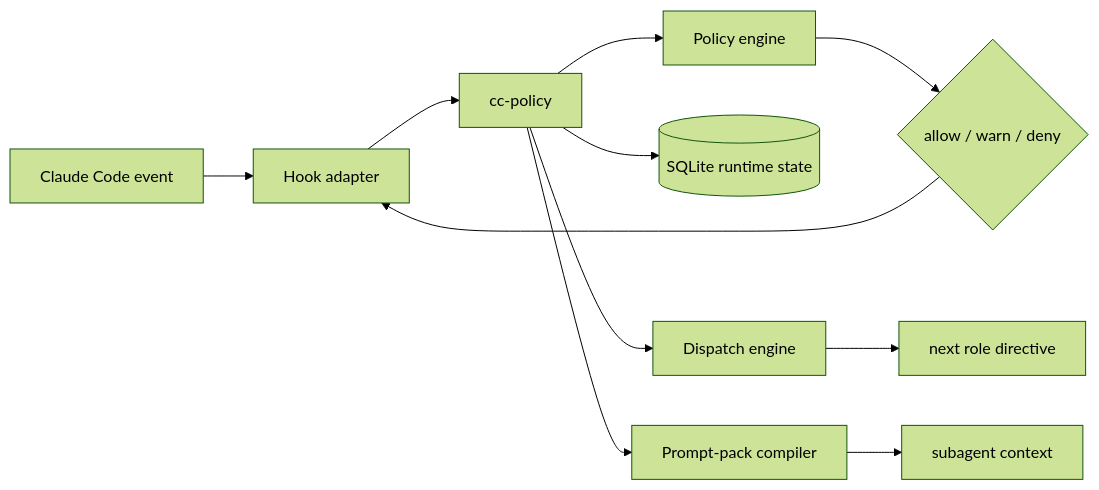
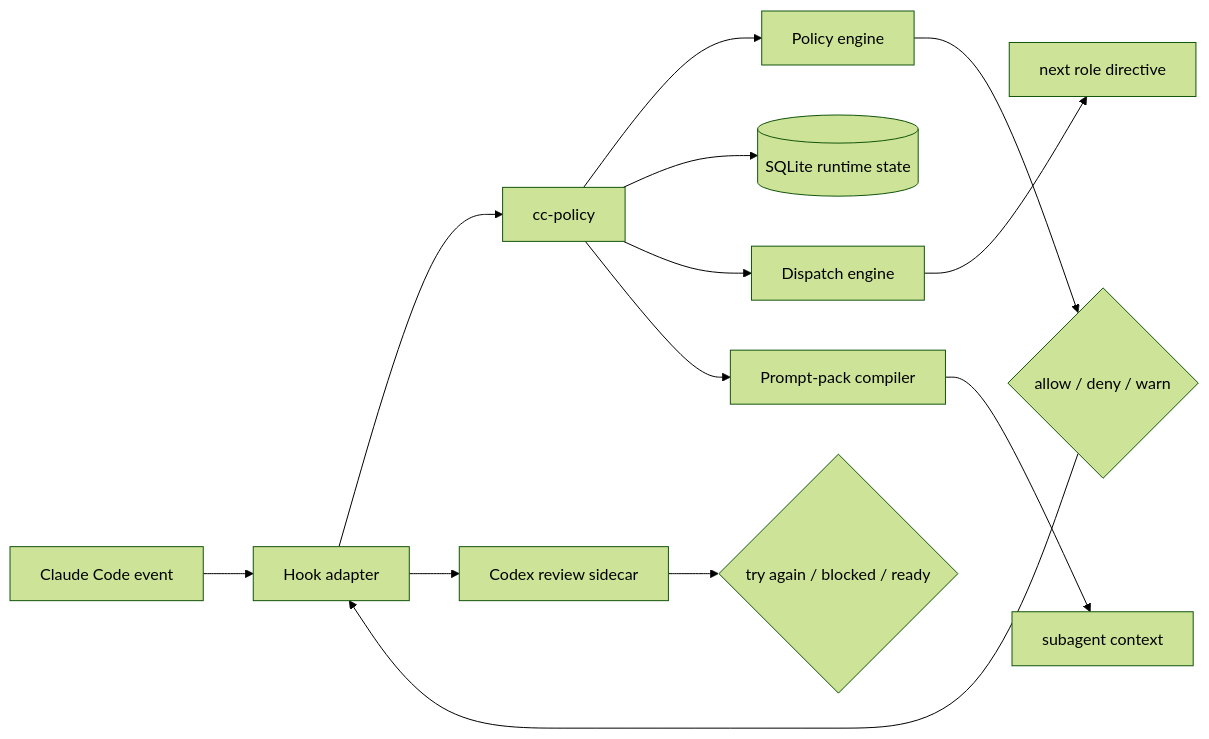
One commit to juanandresgs/claude-ctrl changed the second of 2 diagrams in README.md. Above: the diagram before and after it, drawn with Mermaid (forest theme). The commit also changed other lines of this file, not shown here.

````diff
--- a/README.md
+++ b/README.md
@@ -113,13 +167,16 @@
 ```mermaid
 flowchart LR
-    Event["Claude Code event"] --> Hook["Hook adapter"]
-    Hook --> CLI["cc-policy"]
-    CLI --> Policy["Policy engine"]
-    CLI --> State[("SQLite runtime state")]
-    CLI --> Dispatch["Dispatch engine"]
-    CLI --> Prompts["Prompt-pack compiler"]
-    Policy --> Decision{"allow / warn / deny"}
-    Decision --> Hook
-    Dispatch --> Next["next role directive"]
-    Prompts --> Agent["subagent context"]
+    C["Claude Code event"] --> H["Hook adapter"]
+    H --> CLI["cc-policy"]
+    CLI --> PE["Policy engine"]
+    CLI --> DB[("SQLite runtime state")]
+    CLI --> DE["Dispatch engine"]
+    CLI --> PP["Prompt-pack compiler"]
+    H --> CR["Codex review sidecar"]
+
+    PE --> D{"allow / deny / warn"}
+    D --> H
+    DE --> N["next role directive"]
+    PP --> A["subagent context"]
+    CR --> RV{"try again / blocked / ready"}
 ```
````
